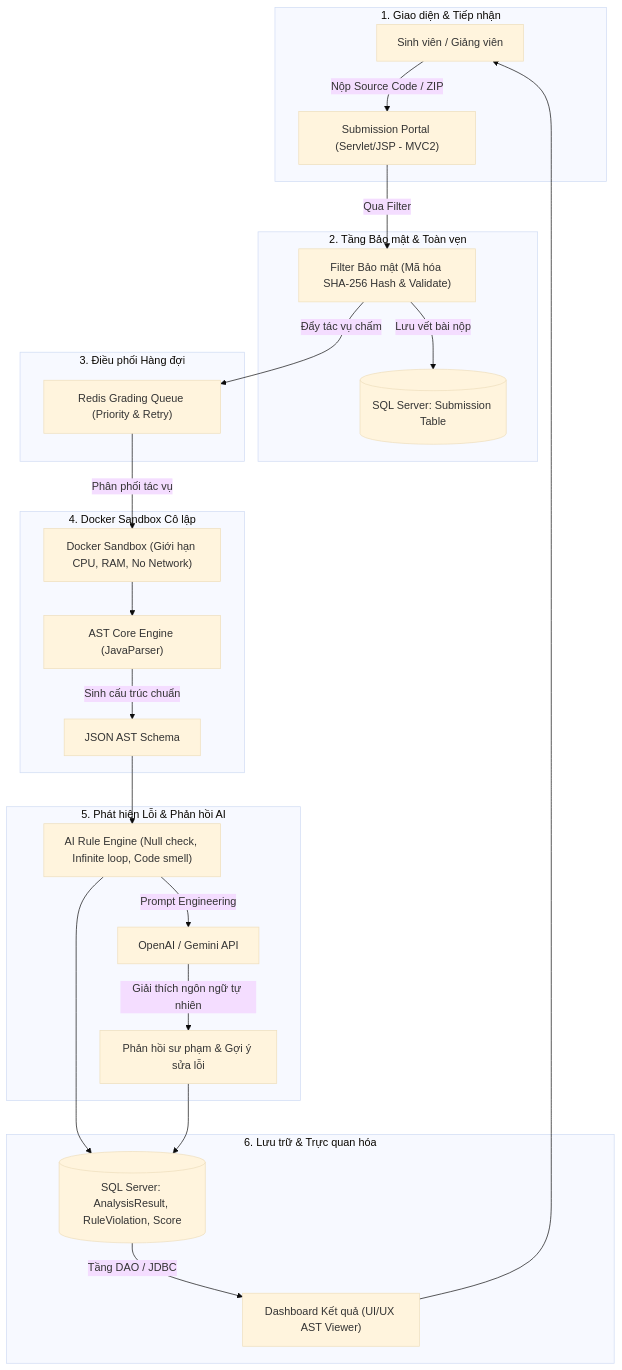
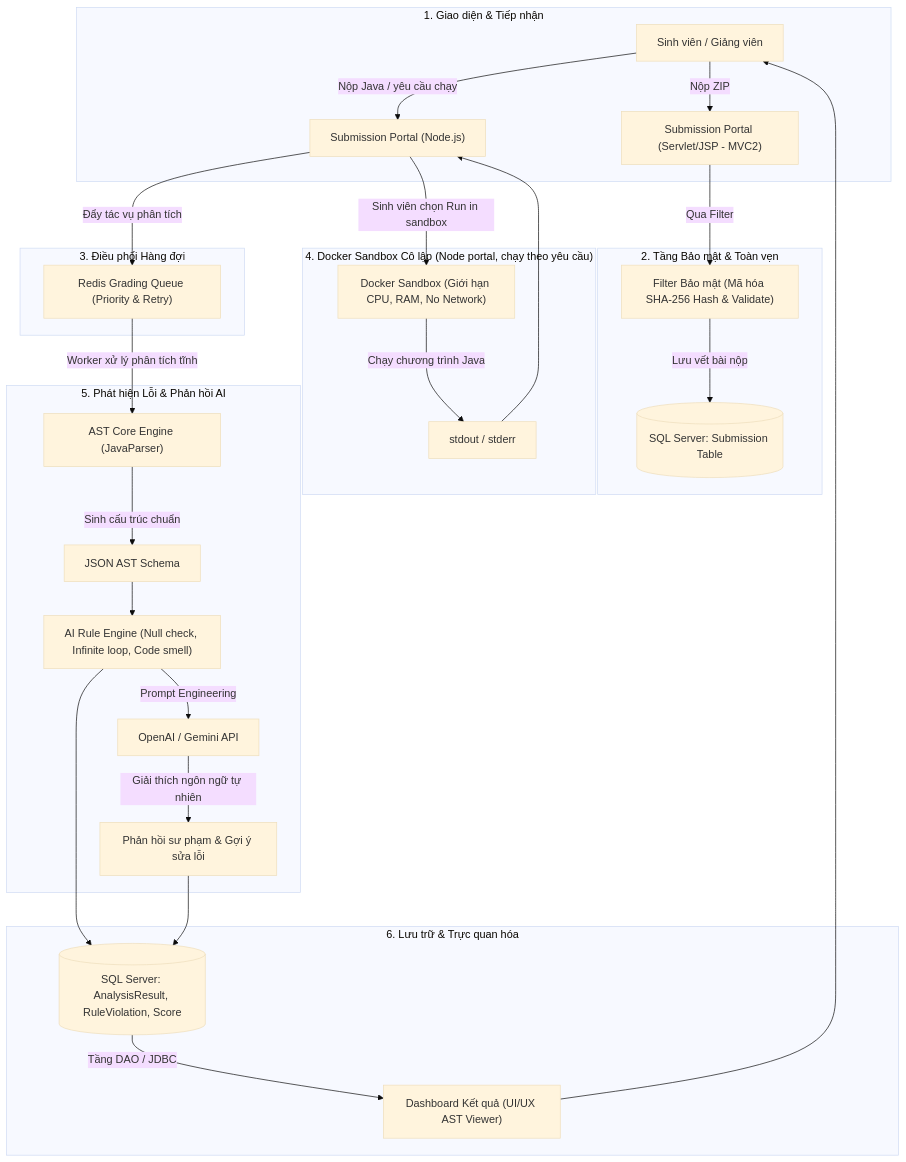
One commit to rtafag/PRJ301---Group1 changed the first of 2 diagrams in README.md. Above: the diagram before and after it, drawn with Mermaid (base theme). The commit also changed 10 other files, not shown here.

````diff
--- a/README.md
+++ b/README.md
@@ -53,34 +53,37 @@
 ```mermaid
 flowchart TD
     subgraph Client_Side ["1. Giao diện & Tiếp nhận"]
-        SV["Sinh viên / Giảng viên"] -->|Nộp Source Code / ZIP| SP["Submission Portal (Servlet/JSP - MVC2)"]
+        SV["Sinh viên / Giảng viên"] -->|Nộp ZIP| SP["Submission Portal (Servlet/JSP - MVC2)"]
+        SV -->|Nộp Java / yêu cầu chạy| NodePortal["Submission Portal (Node.js)"]
     end
 
     subgraph Security_Gate ["2. Tầng Bảo mật & Toàn vẹn"]
         SP -->|Qua Filter| FilterSec["Filter Bảo mật (Mã hóa SHA-256 Hash & Validate)"]
         FilterSec -->|Lưu vết bài nộp| DB_Sub[(SQL Server: Submission Table)]
     end
 
     subgraph Queue_System ["3. Điều phối Hàng đợi"]
-        FilterSec -->|Đẩy tác vụ chấm| RedisQ["Redis Grading Queue (Priority & Retry)"]
+        NodePortal -->|Đẩy tác vụ phân tích| RedisQ["Redis Grading Queue (Priority & Retry)"]
     end
 
-    subgraph Sandbox_Environment ["4. Docker Sandbox Cô lập"]
-        RedisQ -->|Phân phối tác vụ| DockerSB["Docker Sandbox (Giới hạn CPU, RAM, No Network)"]
-        DockerSB --> AST_Core["AST Core Engine (JavaParser)"]
-        AST_Core -->|Sinh cấu trúc chuẩn| AST_JSON["JSON AST Schema"]
+    subgraph Sandbox_Environment ["4. Docker Sandbox Cô lập (Node portal, chạy theo yêu cầu)"]
+        NodePortal -->|Sinh viên chọn Run in sandbox| DockerSB["Docker Sandbox (Giới hạn CPU, RAM, No Network)"]
+        DockerSB -->|Chạy chương trình Java| ProgramOutput["stdout / stderr"]
+        ProgramOutput --> NodePortal
     end
 
     subgraph AI_Rule_Engine ["5. Phát hiện Lỗi & Phản hồi AI"]
+        RedisQ -->|Worker xử lý phân tích tĩnh| AST_Core["AST Core Engine (JavaParser)"]
+        AST_Core -->|Sinh cấu trúc chuẩn| AST_JSON["JSON AST Schema"]
         AST_JSON --> RuleEng["AI Rule Engine (Null check, Infinite loop, Code smell)"]
         RuleEng -->|Prompt Engineering| GenAI["OpenAI / Gemini API"]
         GenAI -->|Giải thích ngôn ngữ tự nhiên| Feedbacks["Phản hồi sư phạm & Gợi ý sửa lỗi"]
     end
 
     subgraph Persistence_Presentation ["6. Lưu trữ & Trực quan hóa"]
         RuleEng --> DB_Store[(SQL Server: AnalysisResult, RuleViolation, Score)]
         Feedbacks --> DB_Store
         DB_Store -->|Tầng DAO / JDBC| Dash["Dashboard Kết quả (UI/UX AST Viewer)"]
         Dash --> SV
     end
 ```
````
